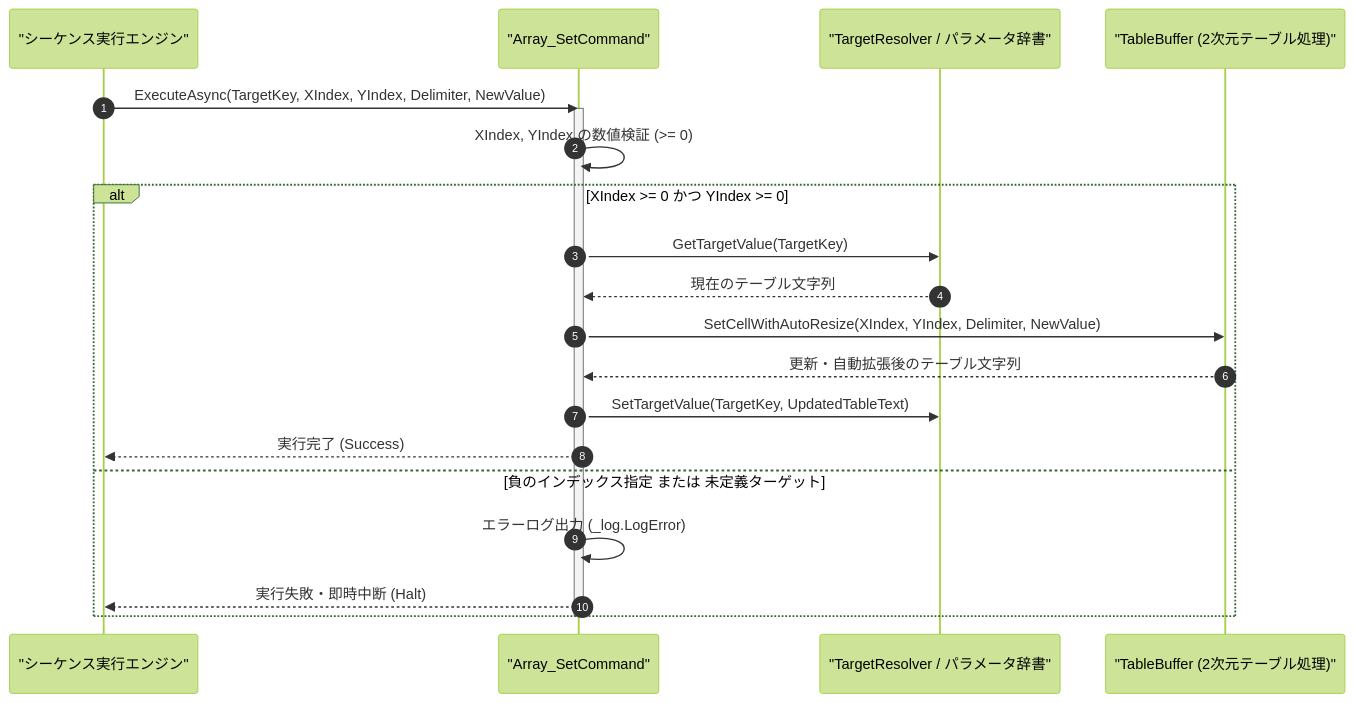
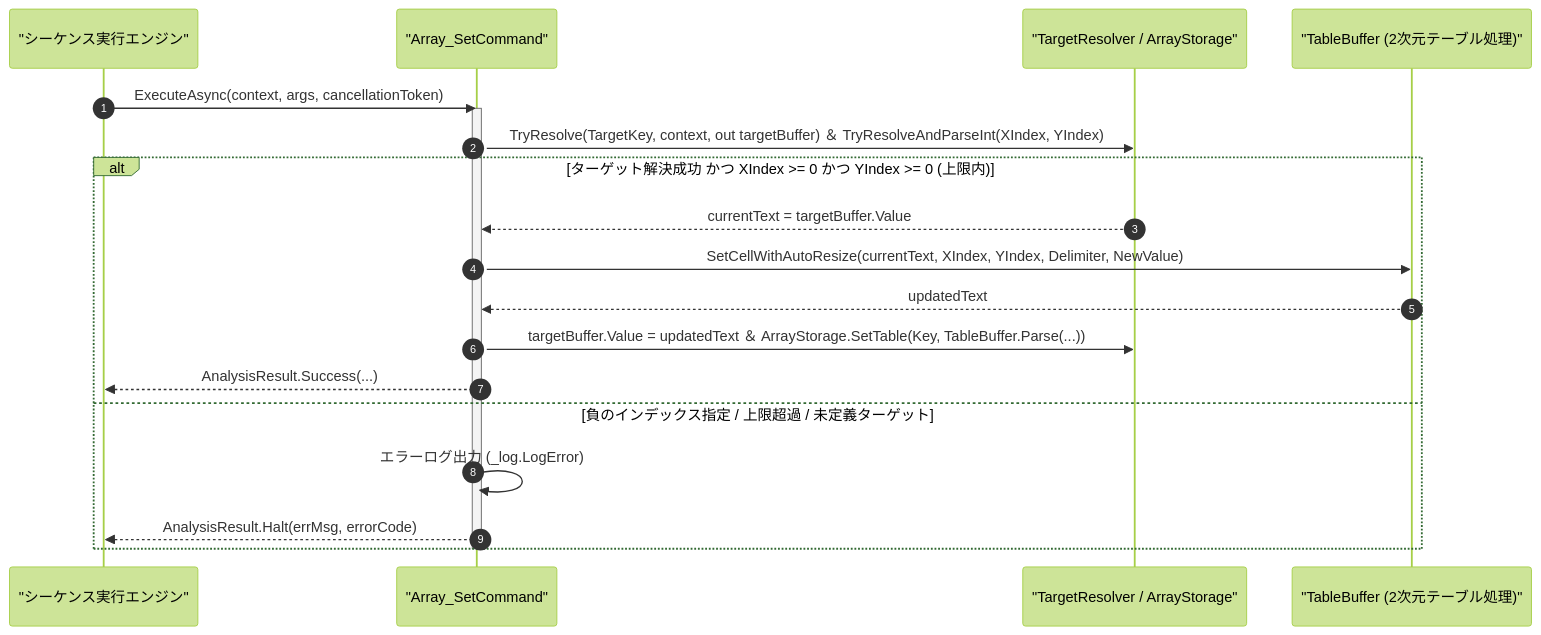
The diagram in Manual/Core/Array/Array_Set.Md (Monaca-App/TermAddIn), drawn with Mermaid (forest theme) before and after one commit. The commit also changed other lines of this file and 157 other files, not shown here.

````diff
--- a/Manual/Core/Array/Array_Set.Md
+++ b/Manual/Core/Array/Array_Set.Md
@@ -72,24 +72,23 @@
 ```mermaid
 sequenceDiagram
     autonumber
     participant Engine as "シーケンス実行エンジン"
     participant Cmd as "Array_SetCommand"
-    participant Target as "TargetResolver / パラメータ辞書"
+    participant Target as "TargetResolver / ArrayStorage"
     participant Buffer as "TableBuffer (2次元テーブル処理)"
 
-    Engine->>Cmd: ExecuteAsync(TargetKey, XIndex, YIndex, Delimiter, NewValue)
+    Engine->>Cmd: ExecuteAsync(context, args, cancellationToken)
     activate Cmd
-    Cmd->>Cmd: XIndex, YIndex の数値検証 (>= 0)
-    alt XIndex >= 0 かつ YIndex >= 0
-        Cmd->>Target: GetTargetValue(TargetKey)
-        Target-->>Cmd: 現在のテーブル文字列
-        Cmd->>Buffer: SetCellWithAutoResize(XIndex, YIndex, Delimiter, NewValue)
-        Buffer-->>Cmd: 更新・自動拡張後のテーブル文字列
-        Cmd->>Target: SetTargetValue(TargetKey, UpdatedTableText)
-        Cmd-->>Engine: 実行完了 (Success)
-    else 負のインデックス指定 または 未定義ターゲット
+    Cmd->>Target: TryResolve(TargetKey, context, out targetBuffer) ＆ TryResolveAndParseInt(XIndex, YIndex)
+    alt ターゲット解決成功 かつ XIndex >= 0 かつ YIndex >= 0 (上限内)
+        Target-->>Cmd: currentText = targetBuffer.Value
+        Cmd->>Buffer: SetCellWithAutoResize(currentText, XIndex, YIndex, Delimiter, NewValue)
+        Buffer-->>Cmd: updatedText
+        Cmd->>Target: targetBuffer.Value = updatedText ＆ ArrayStorage.SetTable(Key, TableBuffer.Parse(...))
+        Cmd-->>Engine: AnalysisResult.Success(...)
+    else 負のインデックス指定 / 上限超過 / 未定義ターゲット
         Cmd->>Cmd: エラーログ出力 (_log.LogError)
-        Cmd-->>Engine: 実行失敗・即時中断 (Halt)
+        Cmd-->>Engine: AnalysisResult.Halt(errMsg, errorCode)
     end
     deactivate Cmd
 ```
````
